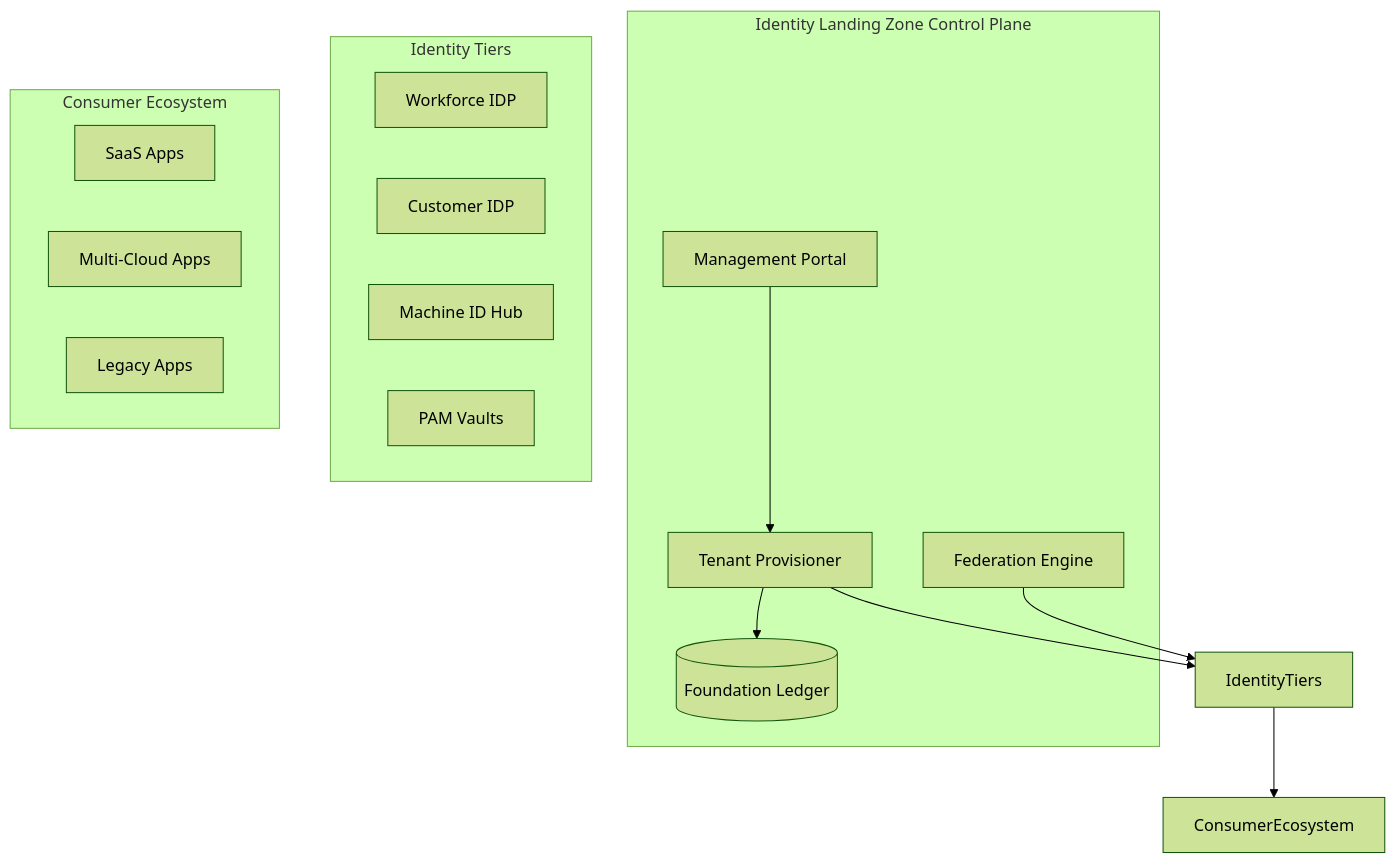
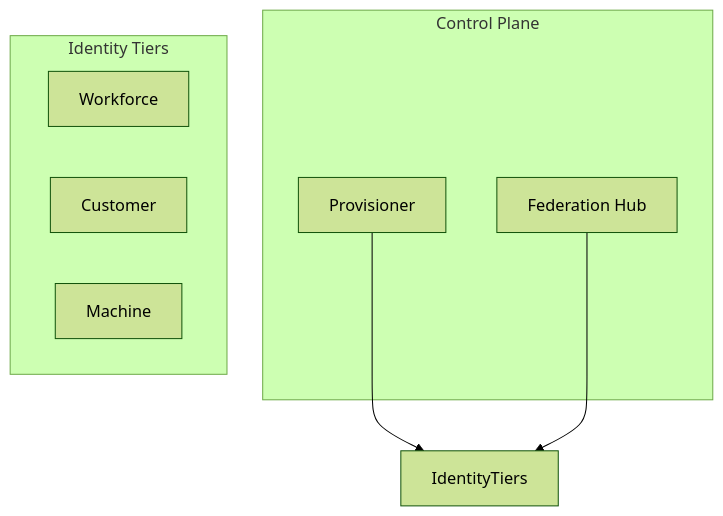
One commit to Devopstrio/identity-landingzone changed the first of 30 diagrams in README.md. Above: the diagram before and after it, drawn with Mermaid (forest theme). The commit also changed other lines of this file, not shown here.

Commit message:
docs: expand README with 30+ architectural diagrams

````diff
--- a/README.md
+++ b/README.md
@@ -52,28 +23,14 @@
 ```mermaid
 graph TD
-    subgraph "Identity Landing Zone Control Plane"
-        Portal[Management Portal]
-        Provisioner[Tenant Provisioner]
-        Federation[Federation Engine]
-        DB[(Foundation Ledger)]
+    subgraph "Control Plane"
+        Prov[Provisioner]
+        Fed[Federation Hub]
     end
-
     subgraph "Identity Tiers"
-        Workforce[Workforce IDP]
-        Customer[Customer IDP]
-        Machine[Machine ID Hub]
-        Privileged[PAM Vaults]
+        Work[Workforce]
+        Cust[Customer]
+        Mach[Machine]
     end
-
-    subgraph "Consumer Ecosystem"
-        SaaS[SaaS Apps]
-        Cloud[Multi-Cloud Apps]
-        OnPrem[Legacy Apps]
-    end
-
-    Portal --> Provisioner
-    Provisioner --> IdentityTiers
-    Federation --> IdentityTiers
-    IdentityTiers --> ConsumerEcosystem
-    Provisioner --> DB
+    Prov --> IdentityTiers
+    Fed --> IdentityTiers
 ```
````
